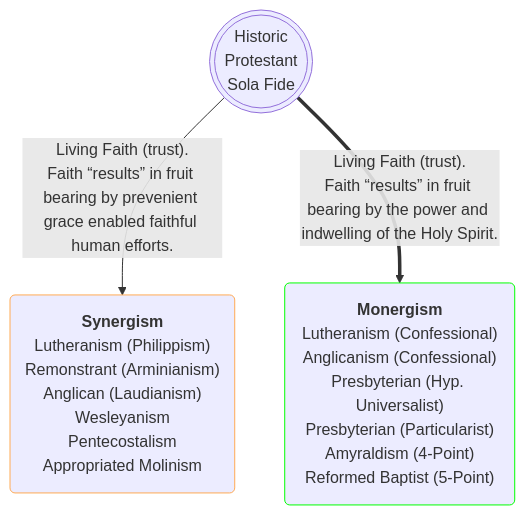
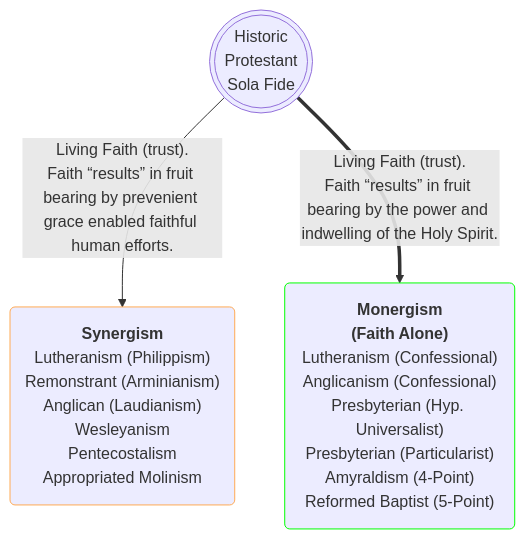
One commit to OrdoLuminis/ordoluminis.github.io changed the third of 5 diagrams in _posts/2025-08-03-historic-protestant-position.markdown. Above: the diagram before and after it, drawn with Mermaid. The commit also changed other lines of this file, not shown here.

````diff
--- a/_posts/2025-08-03-historic-protestant-position.markdown
+++ b/_posts/2025-08-03-historic-protestant-position.markdown
@@ -100,8 +98,8 @@
 ```mermaid
 flowchart TD
     A(((Historic<br>Protestant<br>Sola Fide)))
     A -->|Living Faith &lpar;trust&rpar;.<br>Faith &ldquo;results&rdquo; in fruit bearing by prevenient grace enabled faithful human efforts.| H(<strong>Synergism</strong><br>Lutheranism &lpar;Philippism&rpar;<br>Remonstrant &lpar;Arminianism&rpar;<br>Anglican &lpar;Laudianism&rpar;<br>Wesleyanism<br>Pentecostalism<br>Appropriated Molinism):::orange
-    A ==>|Living Faith &lpar;trust&rpar;.<br>Faith &ldquo;results&rdquo; in fruit bearing by the power and indwelling of the Holy Spirit.| G(<strong>Monergism</strong><br>Lutheranism &lpar;Confessional&rpar;<br>Anglicanism &lpar;Confessional&rpar;<br>Presbyterian &lpar;Hyp. Universalist&rpar;<br>Presbyterian &lpar;Particularist&rpar;<br>Amyraldism &lpar;4-Point&rpar;<br>Reformed Baptist &lpar;5-Point&rpar;):::green
+    A ==>|Living Faith &lpar;trust&rpar;.<br>Faith &ldquo;results&rdquo; in fruit bearing by the power and indwelling of the Holy Spirit.| G(<strong>Monergism<br>&lpar;Faith Alone&rpar;</strong><br>Lutheranism &lpar;Confessional&rpar;<br>Anglicanism &lpar;Confessional&rpar;<br>Presbyterian &lpar;Hyp. Universalist&rpar;<br>Presbyterian &lpar;Particularist&rpar;<br>Amyraldism &lpar;4-Point&rpar;<br>Reformed Baptist &lpar;5-Point&rpar;):::green
     classDef green stroke:#0f0
     classDef orange stroke:#fa5
 ```
````
